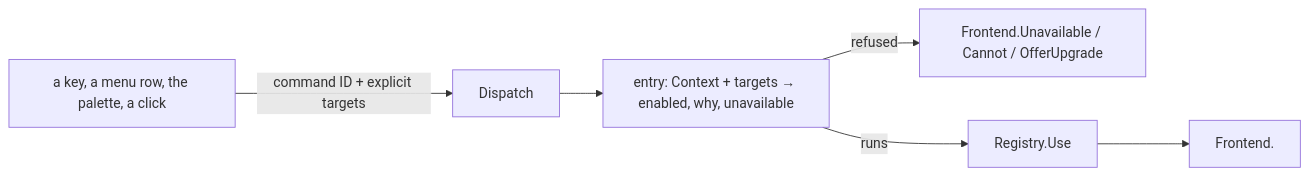
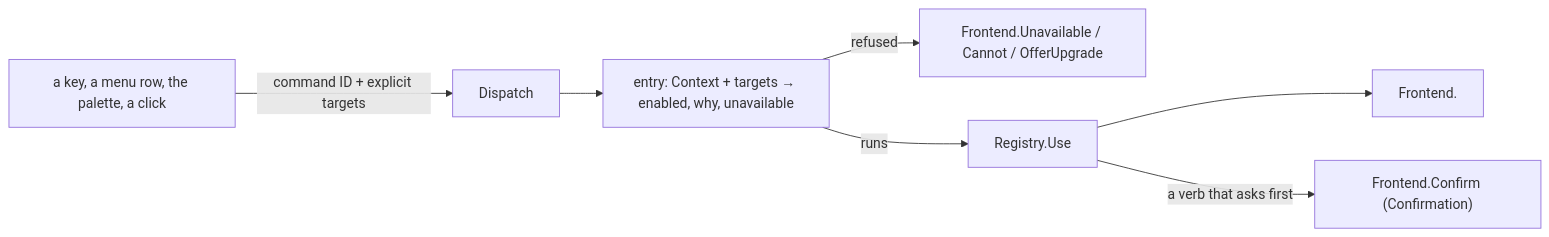
One commit to discobox-ai/discobox changed the third of 6 diagrams in cli/internal/console/DESIGN.md. Above: the diagram before and after it, drawn with Mermaid. The commit also changed other lines of this file and 33 other files, not shown here.

````diff
--- a/cli/internal/console/DESIGN.md
+++ b/cli/internal/console/DESIGN.md
@@ -104,7 +104,8 @@
 ```mermaid
 flowchart LR
     K["a key, a menu row, the palette, a click"] -->|command ID + explicit targets| D["Dispatch"]
     D --> E["entry: Context + targets → enabled, why, unavailable"]
     E -->|refused| F1["Frontend.Unavailable / Cannot / OfferUpgrade"]
     E -->|runs| U["Registry.Use"] --> F2["Frontend.<Command>"]
+    U -->|a verb that asks first| F3["Frontend.Confirm (Confirmation)"]
 ```
````
